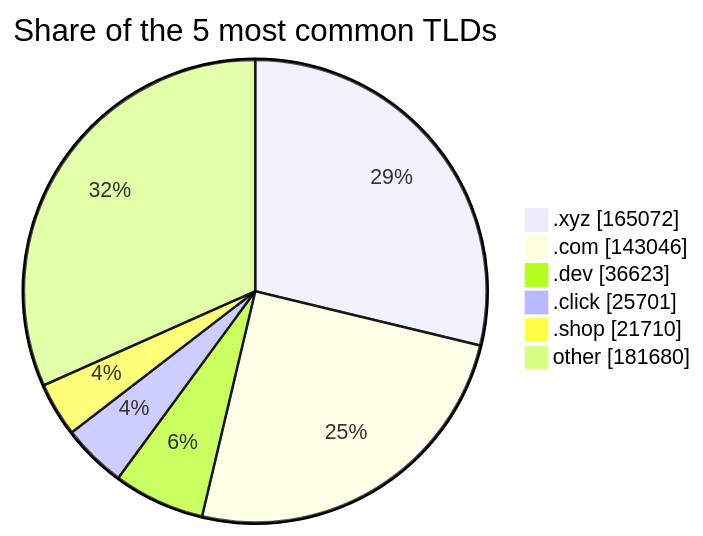
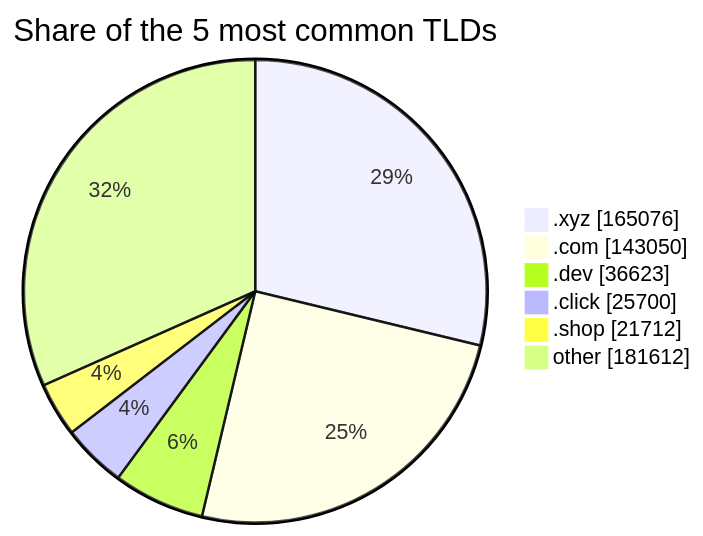
One commit to DNSBunker/CTI changed the third of 3 diagrams in README.md. Above: the diagram before and after it, drawn with Mermaid. The commit also changed other lines of this file and 3 other files, not shown here.

````diff
--- a/README.md
+++ b/README.md
@@ -81,9 +81,9 @@
 ```mermaid
 pie showData title Share of the 5 most common TLDs
-    ".xyz" : 165072
-    ".com" : 143046
+    ".xyz" : 165076
+    ".com" : 143050
     ".dev" : 36623
-    ".click" : 25701
-    ".shop" : 21710
-    "other" : 181680
+    ".click" : 25700
+    ".shop" : 21712
+    "other" : 181612
 ```
````
